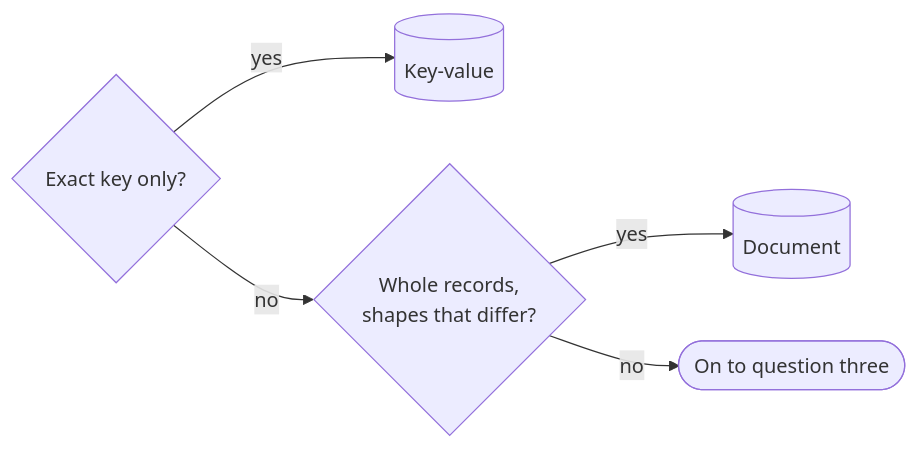
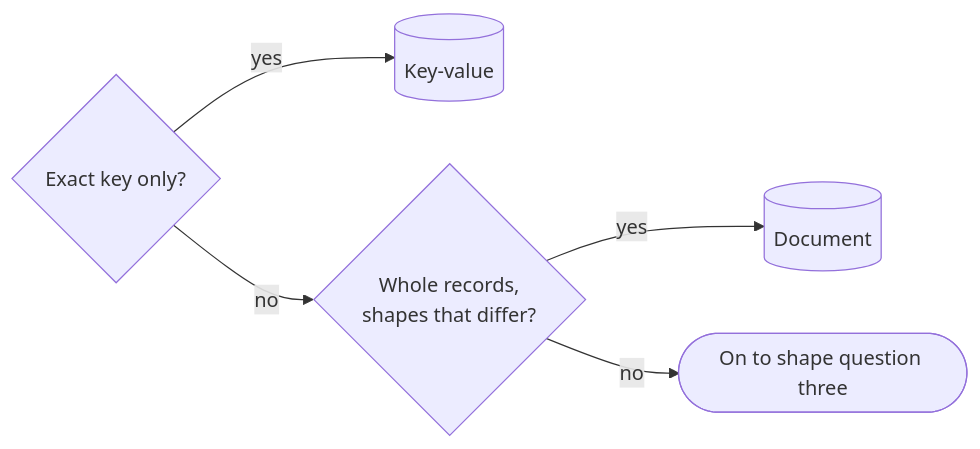
One commit to Laticent/lattice changed the eighth of 32 diagrams in examples/system-design-foundations.md. Above: the diagram before and after it, drawn with Mermaid. The commit also changed other lines of this file and 2 other files, not shown here.

````diff
--- a/examples/system-design-foundations.md
+++ b/examples/system-design-foundations.md
@@ -1078,7 +1058,7 @@
 ```mermaid
 flowchart LR
   Q2{"Exact key only?"} -->|"yes"| KV[("Key-value")]
   Q2 -->|"no"| Q2B{"Whole records,<br/>shapes that differ?"}
   Q2B -->|"yes"| DOC[("Document")]
-  Q2B -->|"no"| ON(["On to question three"])
+  Q2B -->|"no"| ON(["On to shape question three"])
 ```
````
